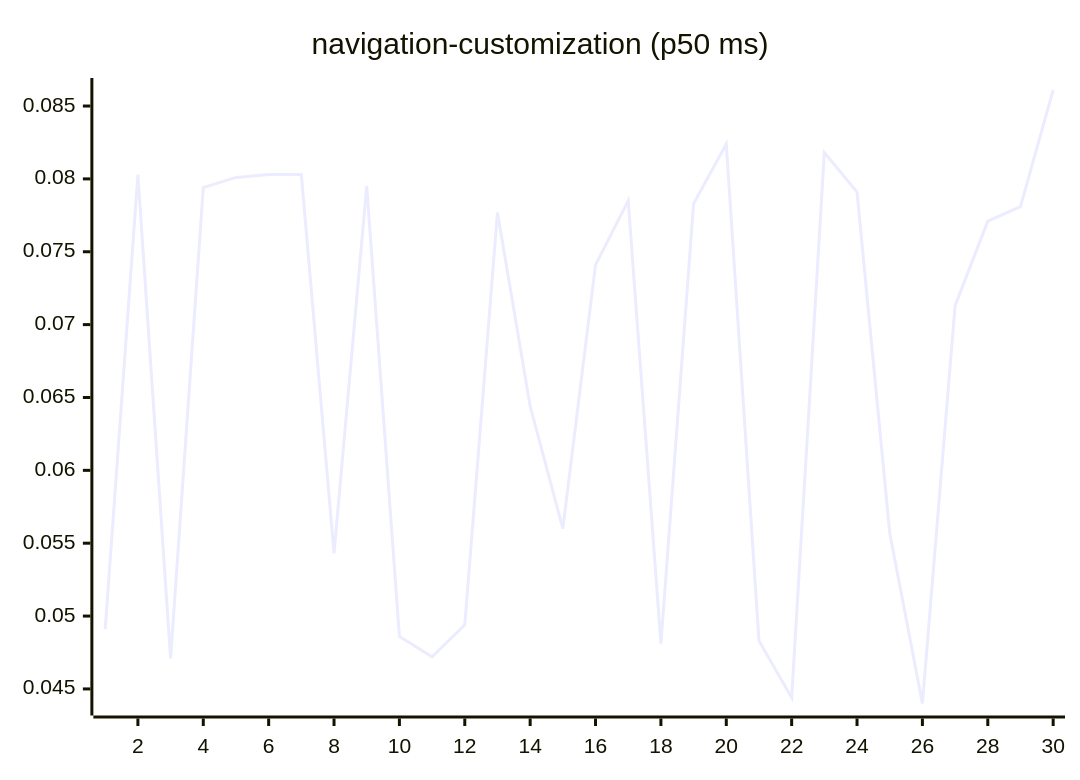
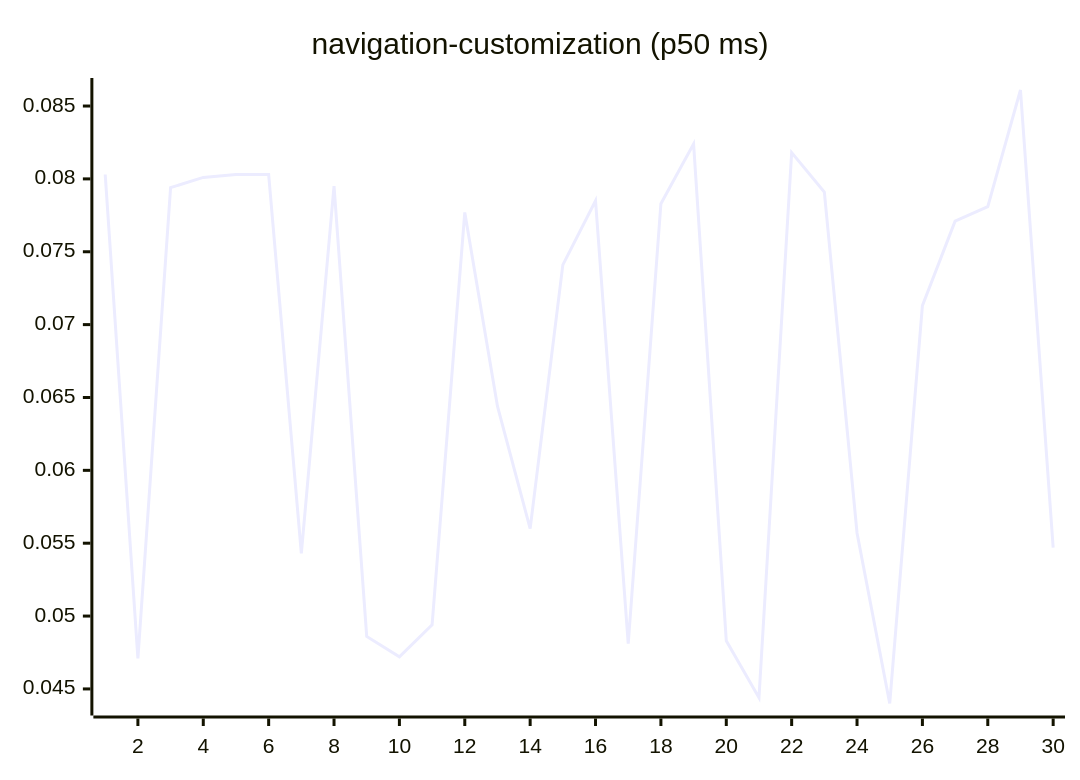
Diagram 15 of 27 in README.md (josha/Facet), drawn with Mermaid before and after one commit. The commit also changed other lines of this file and 2 other files, not shown here.

````diff
--- a/README.md
+++ b/README.md
@@ -161,6 +161,6 @@
 ```mermaid
 xychart-beta
     title "navigation-customization (p50 ms)"
     x-axis 1 --> 30
-    line [0.0491, 0.0803, 0.0471, 0.0794, 0.0801, 0.0803, 0.0803, 0.0543, 0.0795, 0.0486, 0.0472, 0.0494, 0.0777, 0.0644, 0.0560, 0.0741, 0.0785, 0.0481, 0.0783, 0.0824, 0.0483, 0.0444, 0.0818, 0.0791, 0.0557, 0.0440, 0.0713, 0.0771, 0.0781, 0.0861]
+    line [0.0803, 0.0471, 0.0794, 0.0801, 0.0803, 0.0803, 0.0543, 0.0795, 0.0486, 0.0472, 0.0494, 0.0777, 0.0644, 0.0560, 0.0741, 0.0785, 0.0481, 0.0783, 0.0824, 0.0483, 0.0444, 0.0818, 0.0791, 0.0557, 0.0440, 0.0713, 0.0771, 0.0781, 0.0861, 0.0547]
 ```
````
